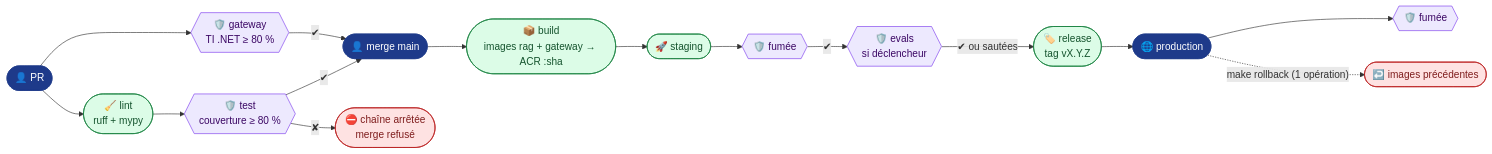
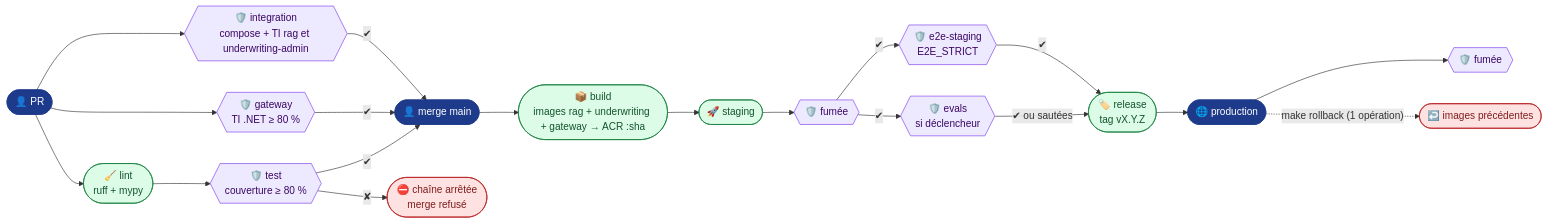
One commit to acerolaz/agentinsurflow changed the diagram in README.md. Above: the diagram before and after it, drawn with Mermaid. The commit also changed other lines of this file and 108 other files, not shown here.

First line of the commit message:
feat(underwriting-admin): dossiers minimisés, référentiel des traces, E2E, déploiement à 4 conteneurs (v0.5.0) (#35)

````diff
--- a/README.md
+++ b/README.md
@@ -10,19 +10,25 @@
 ```mermaid
 flowchart LR
     PR(["👤 PR"]) --> L(["🧹 lint<br/>ruff + mypy"]) --> T{{"🛡️ test<br/>couverture ≥ 80 %"}}
     PR --> G{{"🛡️ gateway<br/>TI .NET ≥ 80 %"}}
+    PR --> I{{"🛡️ integration<br/>compose + TI rag et underwriting-admin"}}
     T -- "✔" --> M(["👤 merge main"])
     G -- "✔" --> M
-    M --> B(["📦 build<br/>images rag + gateway → ACR :sha"]) --> S(["🚀 staging"]) --> FS{{"🛡️ fumée"}}
-    FS -- "✔" --> EV{{"🛡️ evals<br/>si déclencheur"}} -- "✔ ou sautées" --> R(["🏷️ release<br/>tag vX.Y.Z"]) --> P(["🌐 production"]) --> FP{{"🛡️ fumée"}}
+    I -- "✔" --> M
+    M --> B(["📦 build<br/>images rag + underwriting + gateway → ACR :sha"]) --> S(["🚀 staging"]) --> FS{{"🛡️ fumée"}}
+    FS -- "✔" --> E2E{{"🛡️ e2e-staging<br/>E2E_STRICT"}}
+    FS -- "✔" --> EV{{"🛡️ evals<br/>si déclencheur"}}
+    EV -- "✔ ou sautées" --> R(["🏷️ release<br/>tag vX.Y.Z"])
+    E2E -- "✔" --> R
+    R --> P(["🌐 production"]) --> FP{{"🛡️ fumée"}}
     T -- "✘" --> X(["⛔ chaîne arrêtée<br/>merge refusé"])
     P -. "make rollback (1 opération)" .-> RB(["↩️ images précédentes"])
     classDef plat fill:#1E3A8A,stroke:#1E3A8A,color:#fff
     classDef ok fill:#DCFCE7,stroke:#15803D,color:#14532D
     classDef ko fill:#FEE2E2,stroke:#B91C1C,color:#7F1D1D
     classDef gate fill:#EDE9FE,stroke:#7C3AED,color:#3B0764
     class PR,M,P plat
     class L,B,S,R ok
     class X,RB ko
-    class T,G,FS,EV,FP gate
+    class T,G,I,FS,E2E,EV,FP gate
 ```
````
